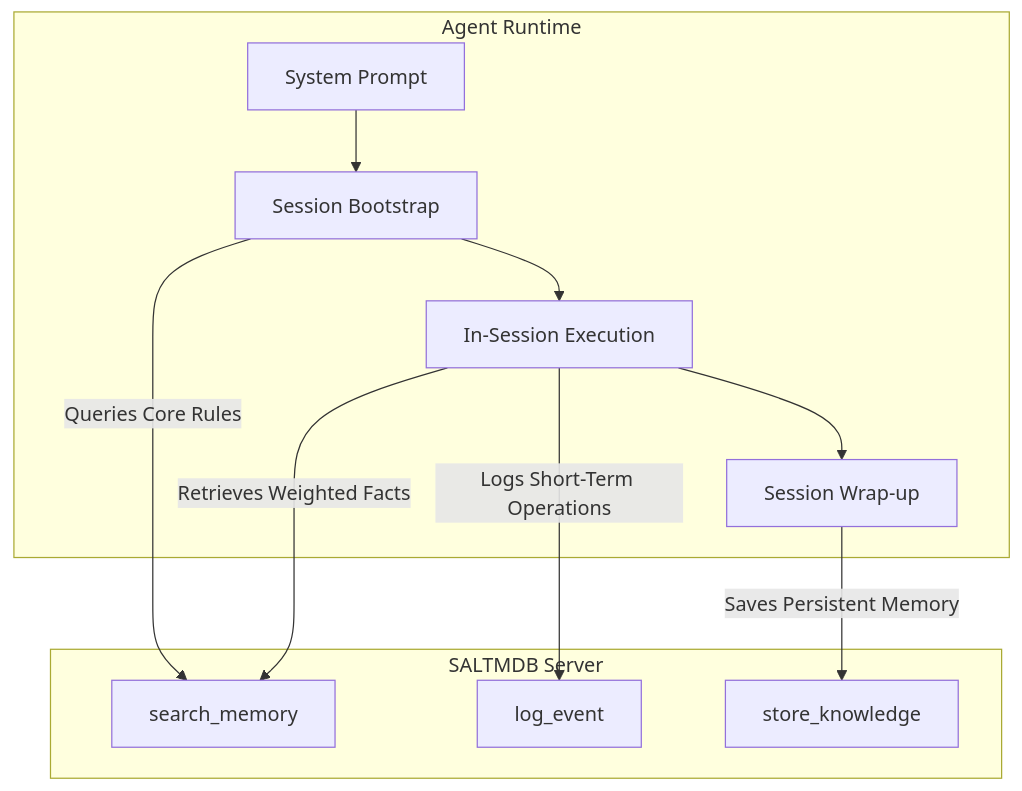
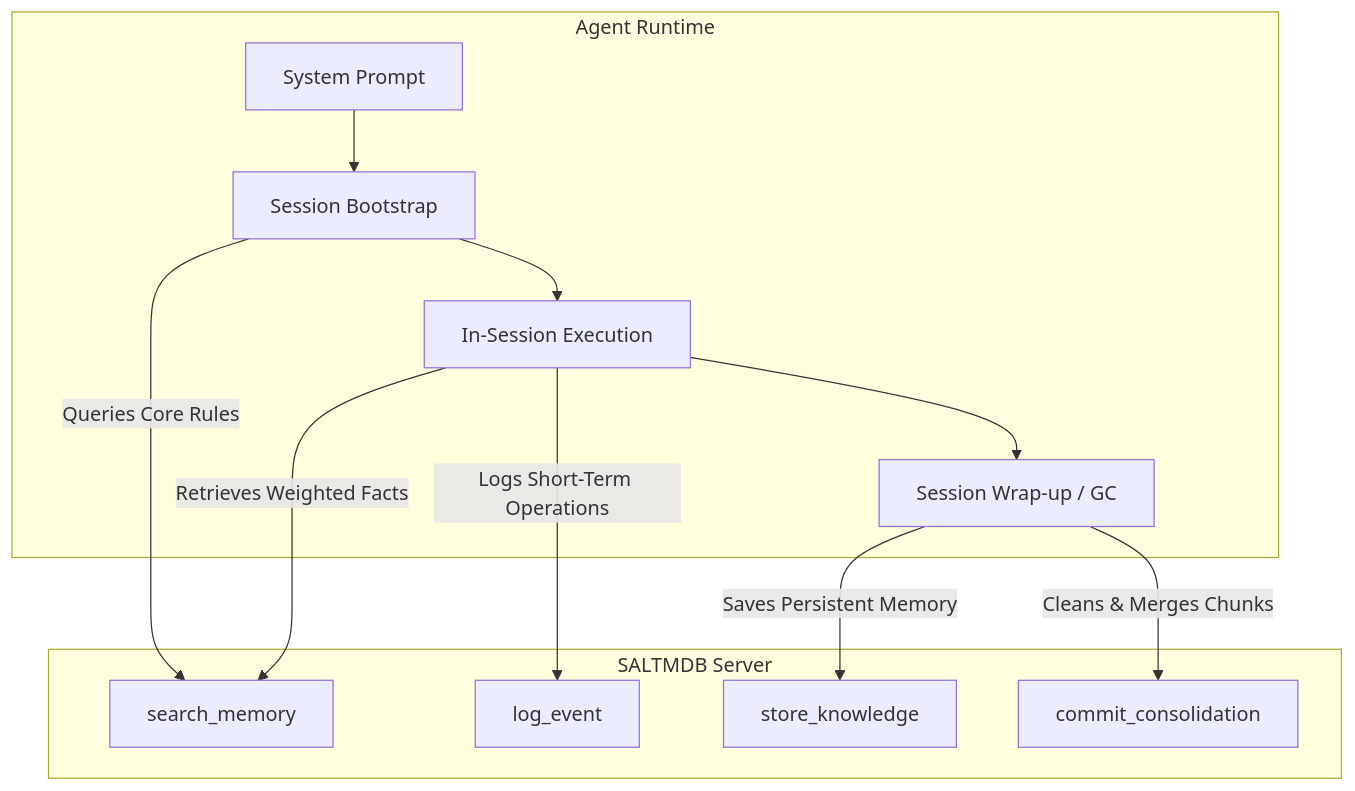
Before and after one commit to zbalint/SALTMDB: the first of 2 diagrams in AGENT_GUIDE.md, drawn with Mermaid. The commit also changed other lines of this file and 4 other files, not shown here.

Commit message:
Release v0.1.0-alpha.5: Offload consolidation to client agents and expose commit_consolidation MCP tool

````diff
--- a/AGENT_GUIDE.md
+++ b/AGENT_GUIDE.md
@@ -11,14 +11,15 @@
 ```mermaid
 graph TD
     subgraph Client [Agent Runtime]
         A[System Prompt] --> B[Session Bootstrap]
         B --> C[In-Session Execution]
-        C --> D[Session Wrap-up]
+        C --> D[Session Wrap-up / GC]
     end
     subgraph MCP [SALTMDB Server]
         B -->|Queries Core Rules| E[search_memory]
         C -->|Logs Short-Term Operations| F[log_event]
         C -->|Retrieves Weighted Facts| E
         D -->|Saves Persistent Memory| G[store_knowledge]
+        D -->|Cleans & Merges Chunks| H[commit_consolidation]
     end
 ```
````
